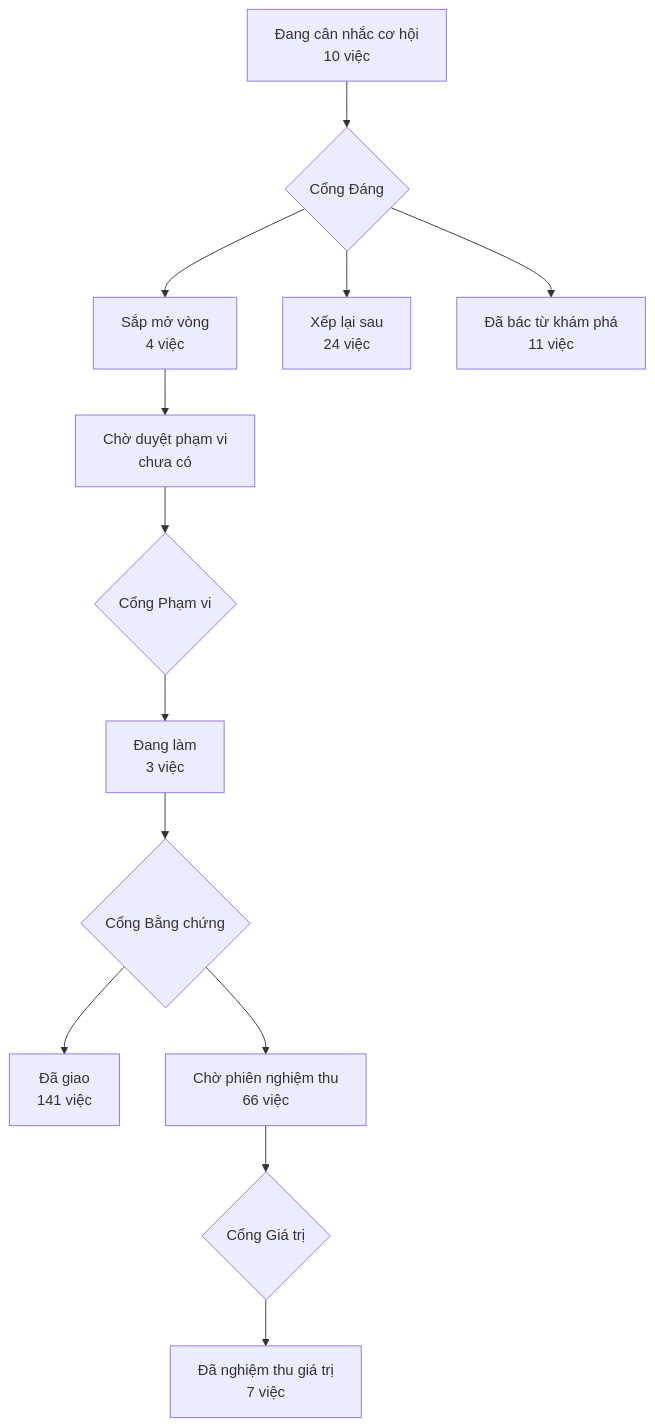
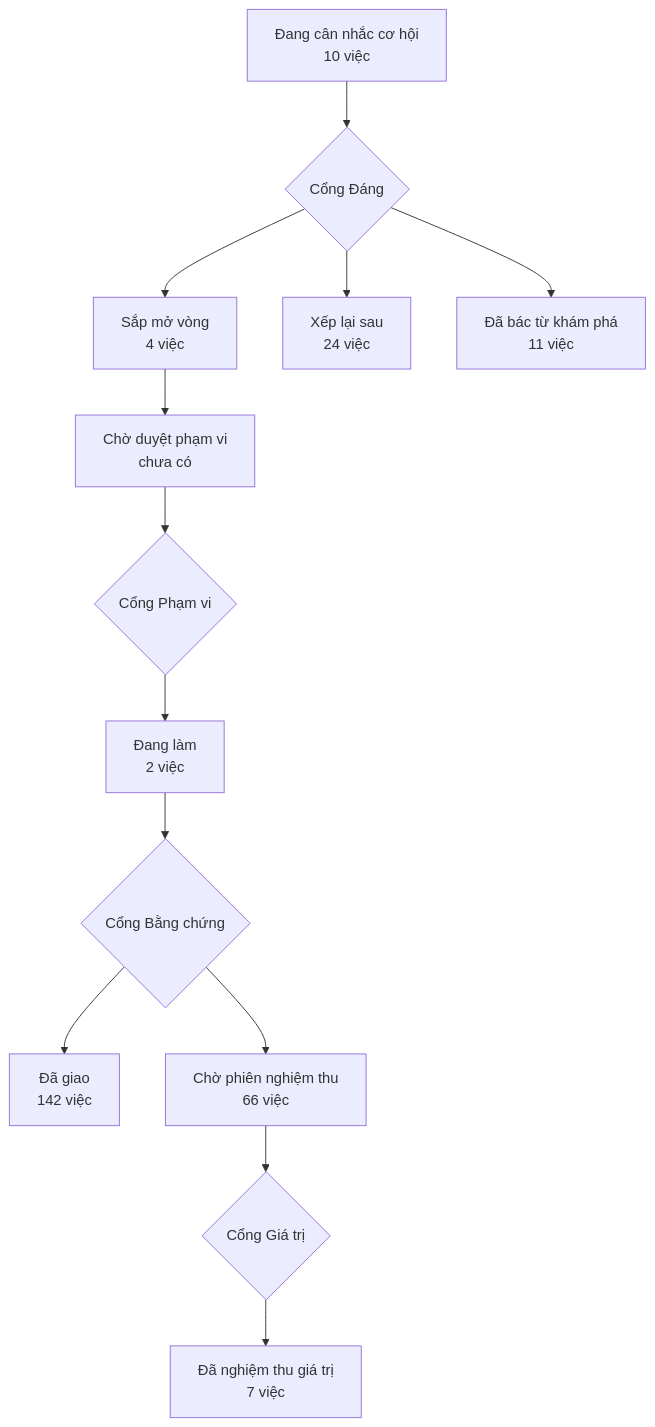
Before and after one commit to phanlemanh/acceptance-gate-kit: the diagram in PRODUCT-MAP.md, drawn with Mermaid. The commit also changed 6 other files, not shown here.

````diff
--- a/PRODUCT-MAP.md
+++ b/PRODUCT-MAP.md
@@ -7,12 +7,12 @@
 ```mermaid
 flowchart TD
   A["Đang cân nhắc cơ hội<br/>10 việc"] --> GD{"Cổng Đáng"}
   GD --> B["Sắp mở vòng<br/>4 việc"]
   GD --> XL["Xếp lại sau<br/>24 việc"]
   GD --> DB["Đã bác từ khám phá<br/>11 việc"]
   B --> CD["Chờ duyệt phạm vi<br/>chưa có"] --> GP{"Cổng Phạm vi"}
-  GP --> DL["Đang làm<br/>3 việc"] --> GB{"Cổng Bằng chứng"}
-  GB --> DG["Đã giao<br/>141 việc"]
+  GP --> DL["Đang làm<br/>2 việc"] --> GB{"Cổng Bằng chứng"}
+  GB --> DG["Đã giao<br/>142 việc"]
   GB --> CN["Chờ phiên nghiệm thu<br/>66 việc"] --> GG{"Cổng Giá trị"}
   GG --> NT["Đã nghiệm thu giá trị<br/>7 việc"]
 ```
````
